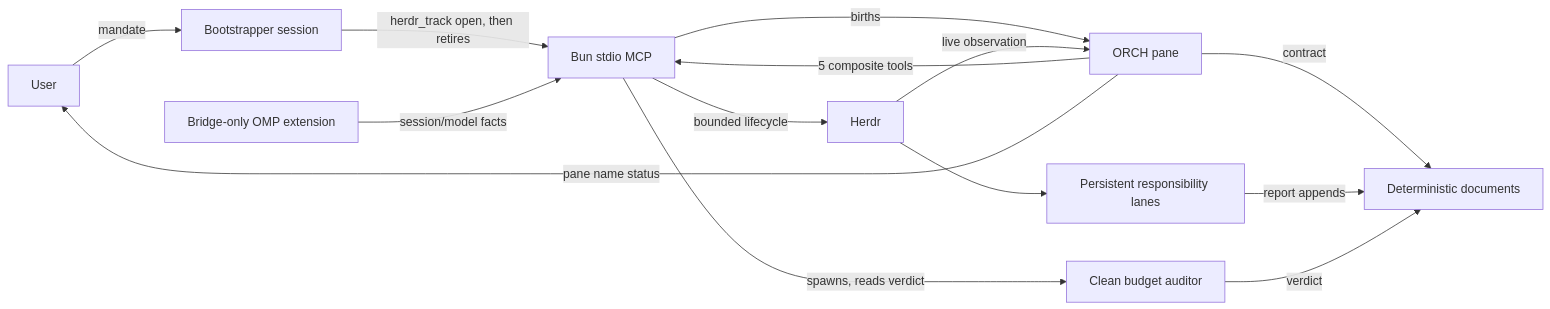
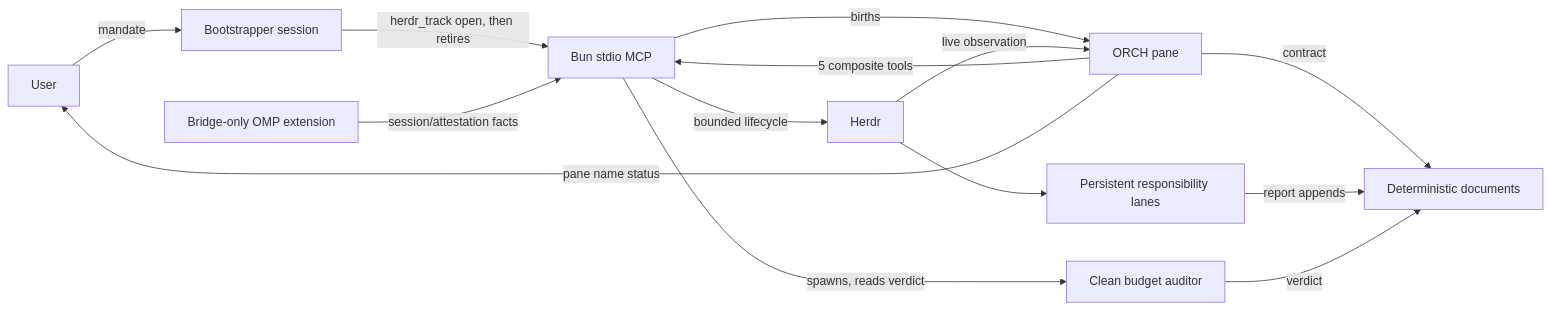
The first of 2 diagrams in docs/ARCHITECTURE.md (edgar-min/herdr-delegator), drawn with Mermaid before and after one commit. The commit also changed other lines of this file and 1 other file, not shown here.

````diff
--- a/docs/ARCHITECTURE.md
+++ b/docs/ARCHITECTURE.md
@@ -20,16 +20,16 @@
 ```mermaid
 flowchart LR
   U[User] -->|mandate| B[Bootstrapper session]
   B -->|herdr_track open, then retires| M[Bun stdio MCP]
   M -->|births| O[ORCH pane]
   O -->|contract| D[Deterministic documents]
   O -->|5 composite tools| M
-  X[Bridge-only OMP extension] -->|session/model facts| M
+  X[Bridge-only OMP extension] -->|session/attestation facts| M
   M -->|bounded lifecycle| H[Herdr]
   H --> W[Persistent responsibility lanes]
   W -->|report appends| D
   M -->|spawns, reads verdict| A[Clean budget auditor]
   A -->|verdict| D
   H -->|live observation| O
   O -->|pane name status| U
 ```
````
